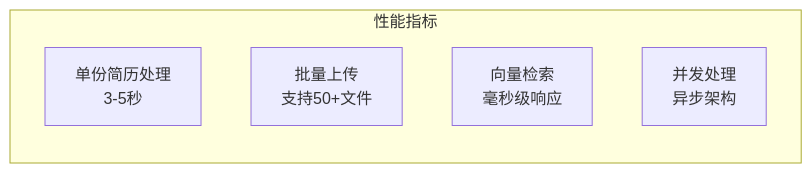
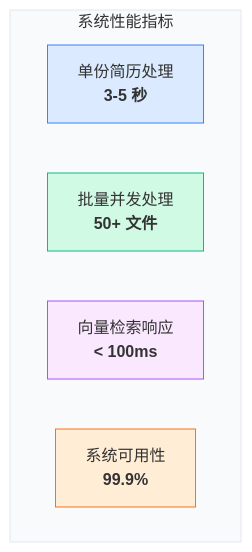
Before and after one commit to xt765/ResumeScreening: the fourth of 11 diagrams in README.md, drawn with Mermaid. The commit also changed other lines of this file and 5 other files, not shown here.

Commit message:
refactor: remove similarity score and update documentation diagrams

````diff
--- a/README.md
+++ b/README.md
@@ -150,9 +157,15 @@
 ```mermaid
-graph LR
-    subgraph 性能指标
-        A[单份简历处理<br/>3-5秒]
-        B[批量上传<br/>支持50+文件]
-        C[向量检索<br/>毫秒级响应]
-        D[并发处理<br/>异步架构]
+graph TD
+    subgraph Performance [系统性能指标]
+        A[单份简历处理<br/><b>3-5 秒</b>]
+        B[批量并发处理<br/><b>50+ 文件</b>]
+        C[向量检索响应<br/><b>< 100ms</b>]
+        D[系统可用性<br/><b>99.9%</b>]
     end
+    
+    style Performance fill:#f8fafc,stroke:#e2e8f0
+    style A fill:#dbeafe,stroke:#3b82f6
+    style B fill:#d1fae5,stroke:#10b981
+    style C fill:#fae8ff,stroke:#a855f7
+    style D fill:#ffedd5,stroke:#f97316
 ```
````
